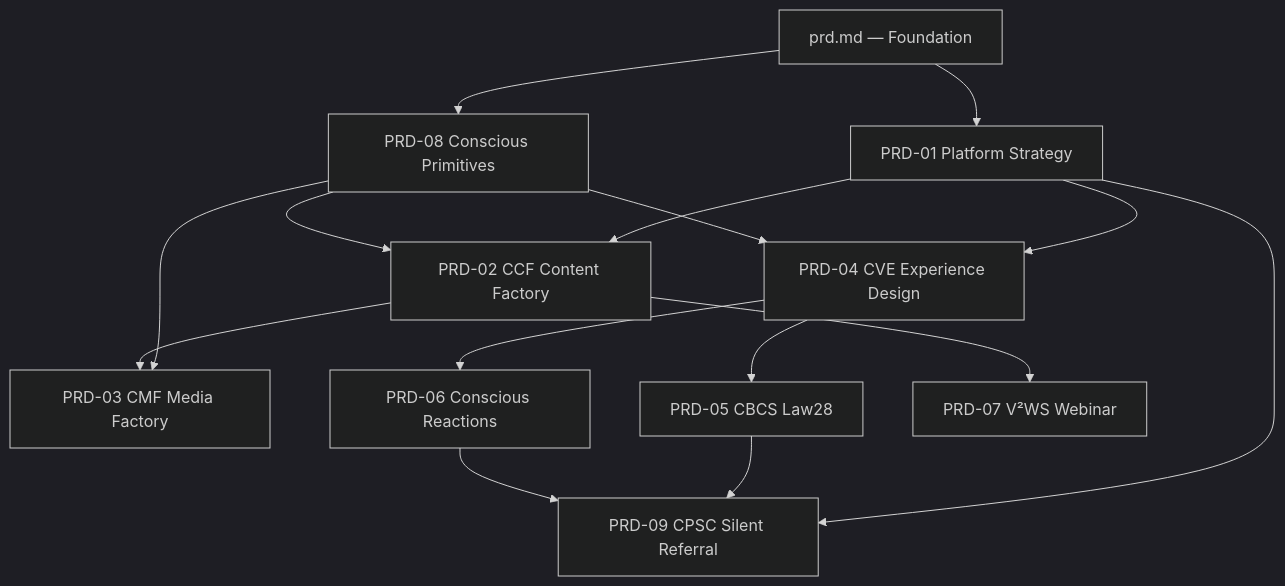
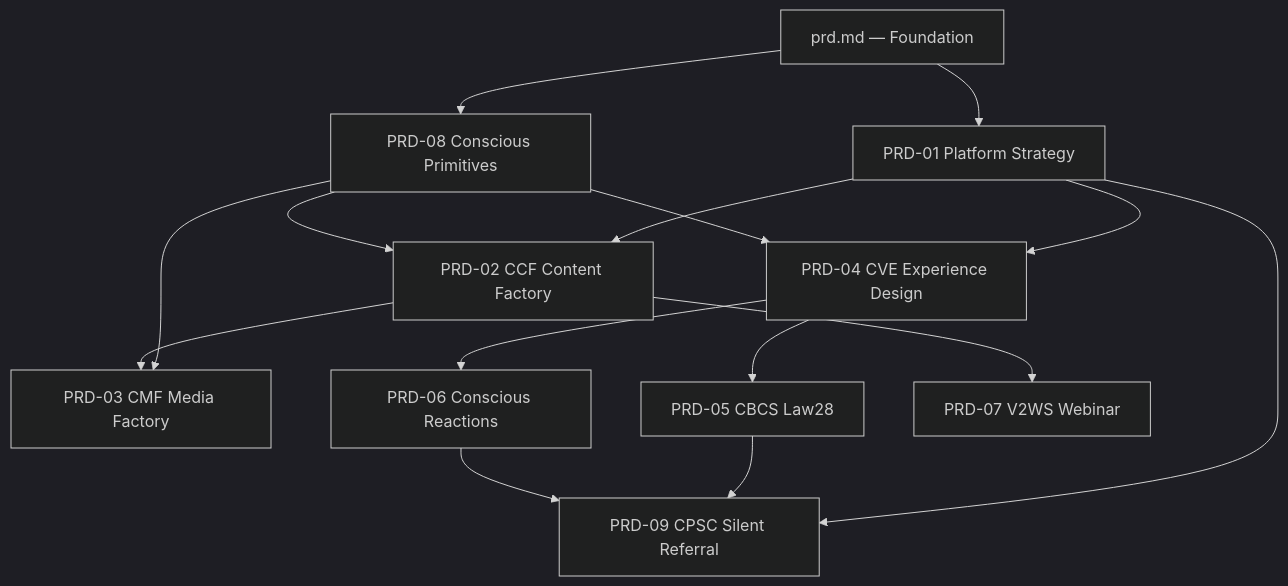
The diagram in docs/prd/modules/PRD_INDEX.md (Remjohn/CCP), drawn with Mermaid (dark theme) before and after one commit. The commit also changed other lines of this file and 243 other files, not shown here.

Commit message:
chore: update documentation, architecture specs, and fixes

````diff
--- a/docs/prd/modules/PRD_INDEX.md
+++ b/docs/prd/modules/PRD_INDEX.md
@@ -299,17 +299,17 @@
 ```mermaid
 graph TD
     PF[prd.md — Foundation] --> P01[PRD-01 Platform Strategy]
     PF --> P08[PRD-08 Conscious Primitives]
     P01 --> P02[PRD-02 CCF Content Factory]
     P01 --> P04[PRD-04 CVE Experience Design]
     P01 --> P09[PRD-09 CPSC Silent Referral]
     P08 --> P02
     P08 --> P03[PRD-03 CMF Media Factory]
     P08 --> P04
     P04 --> P05[PRD-05 CBCS Law28]
     P04 --> P06[PRD-06 Conscious Reactions]
     P02 --> P03
-    P02 --> P07[PRD-07 V²WS Webinar]
+    P02 --> P07[PRD-07 V2WS Webinar]
     P05 --> P09
     P06 --> P09
 ```
````
